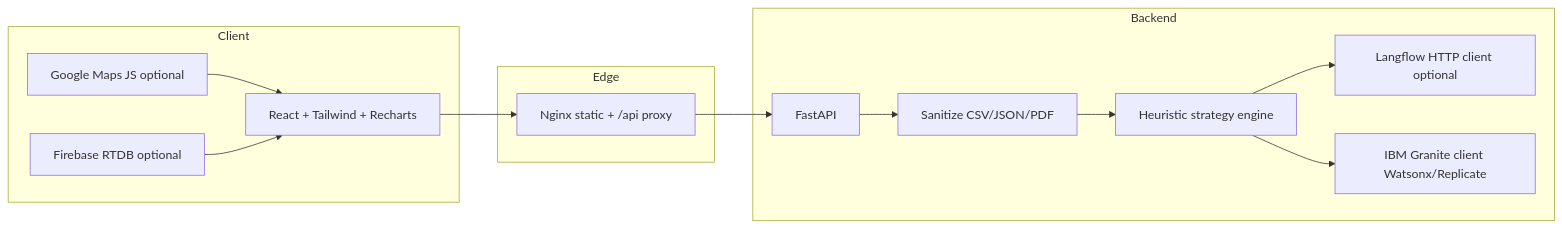
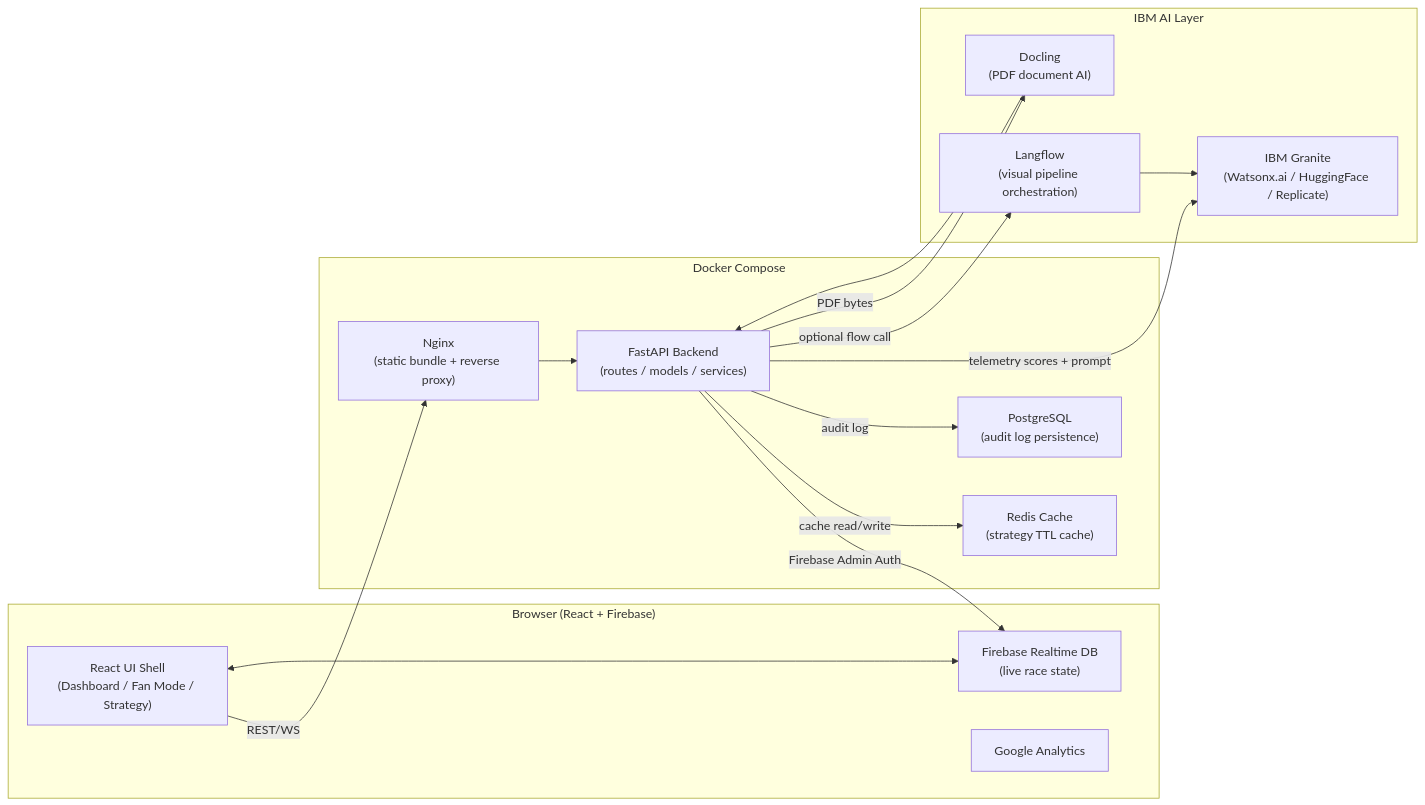
Before and after one commit to rohilkohli/pitMind: the diagram in docs/architecture.md, drawn with Mermaid. The commit also changed other lines of this file and 58 other files, not shown here.

Commit message:
Improve telemetry and strategy layouts

````diff
--- a/docs/architecture.md
+++ b/docs/architecture.md
@@ -3,27 +9,30 @@
 ```mermaid
 flowchart LR
-  subgraph Client
-    UI[React + Tailwind + Recharts]
-    Maps[Google Maps JS optional]
-    FB[Firebase RTDB optional]
+  subgraph Browser["Browser (React + Firebase)"]
+    UI["React UI Shell\n(Dashboard / Fan Mode / Strategy)"]
+    FB_RT["Firebase Realtime DB\n(live race state)"]
+    GA["Google Analytics"]
   end
 
-  subgraph Edge
-    NGINX[Nginx static + /api proxy]
+  subgraph Compose["Docker Compose"]
+    NGINX["Nginx\n(static bundle + reverse proxy)"]
+    API["FastAPI Backend\n(routes / models / services)"]
+    REDIS["Redis Cache\n(strategy TTL cache)"]
+    PG["PostgreSQL\n(audit log persistence)"]
   end
 
-  subgraph Backend
-    API[FastAPI]
-    SAN[Sanitize CSV/JSON/PDF]
-    STRAT[Heuristic strategy engine]
-    LF[Langflow HTTP client optional]
-    GX[IBM Granite client Watsonx/Replicate]
+  subgraph IBM["IBM AI Layer"]
+    GRANITE["IBM Granite\n(Watsonx.ai / HuggingFace / Replicate)"]
+    LF["Langflow\n(visual pipeline orchestration)"]
+    DOCLING["Docling\n(PDF document AI)"]
   end
 
-  UI --> NGINX
-  Maps --> UI
-  FB --> UI
-  NGINX --> API
-  API --> SAN --> STRAT --> GX
-  STRAT --> LF
+  UI -- REST/WS --> NGINX --> API
+  FB_RT <--> UI
+  API -- Firebase Admin Auth --> FB_RT
+  API -- cache read/write --> REDIS
+  API -- audit log --> PG
+  API -- telemetry scores + prompt --> GRANITE
+  API -- optional flow call --> LF --> GRANITE
+  API -- PDF bytes --> DOCLING --> API
 ```
````
